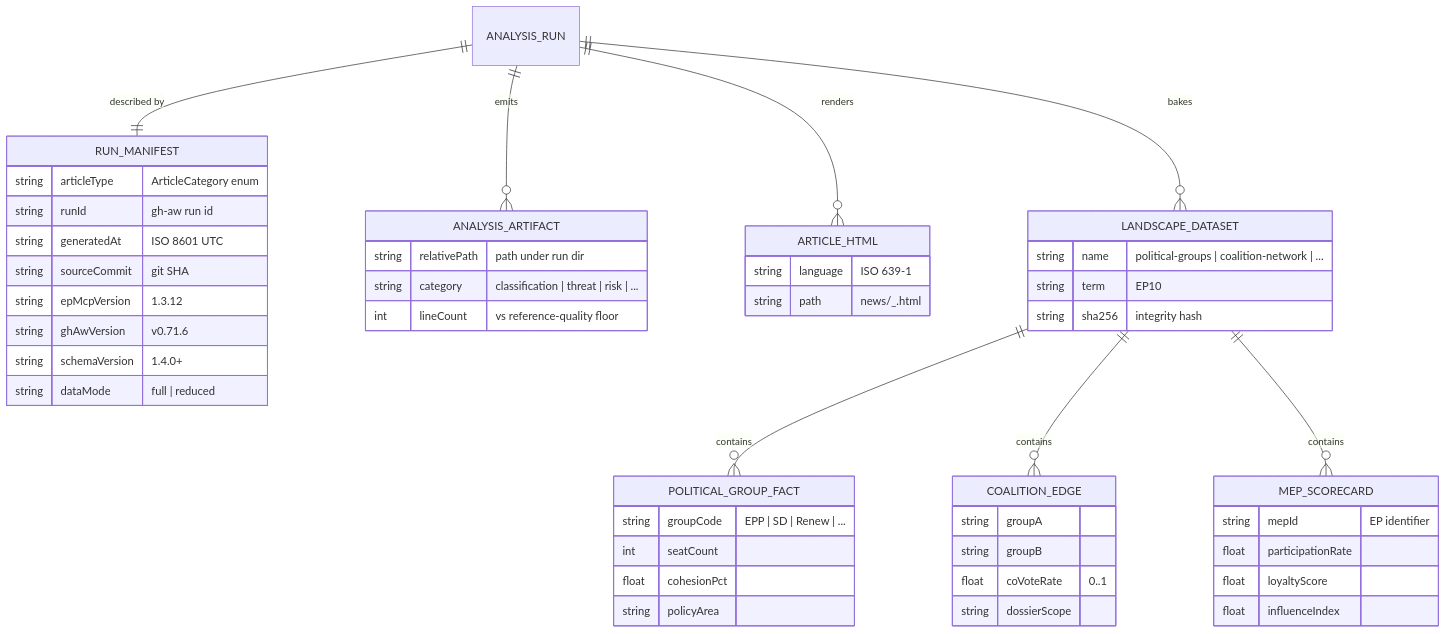
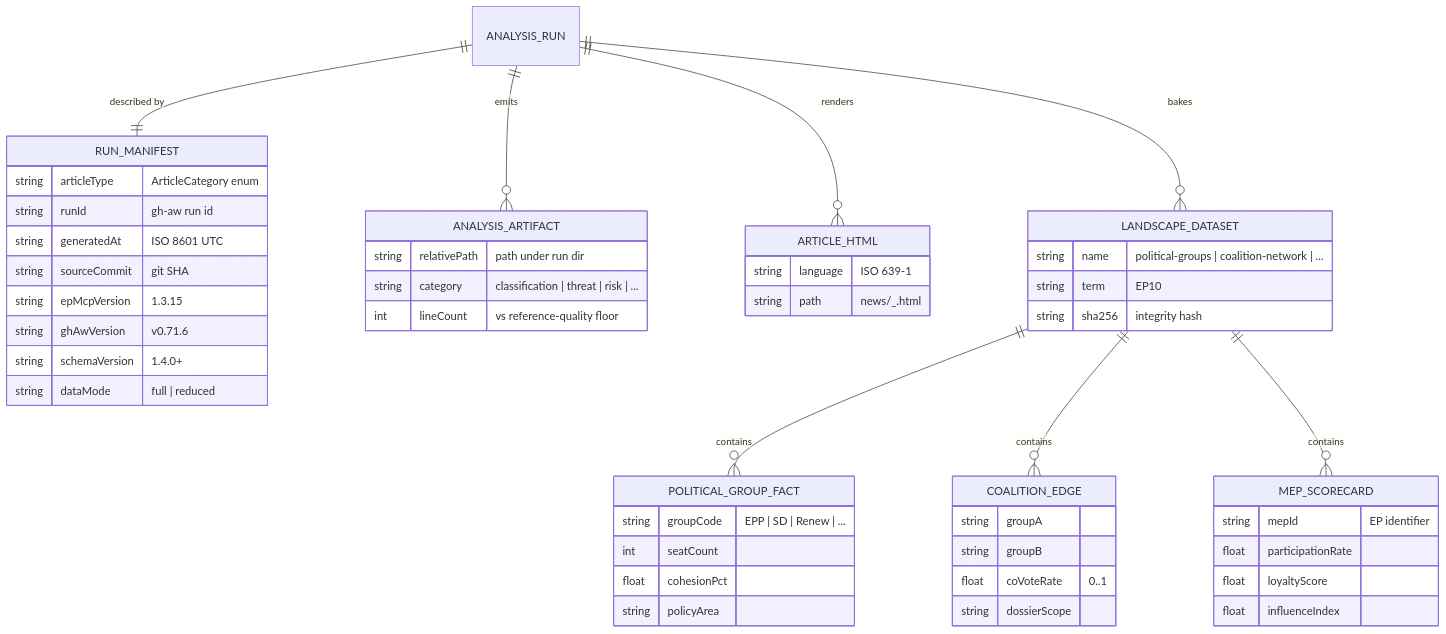
The second of 9 diagrams in FUTURE_DATA_MODEL.md (Hack23/euparliamentmonitor), drawn with Mermaid before and after one commit. The commit also changed other lines of this file and 39 other files, not shown here.

````diff
--- a/FUTURE_DATA_MODEL.md
+++ b/FUTURE_DATA_MODEL.md
@@ -218,53 +218,53 @@
 ```mermaid
 erDiagram
     ANALYSIS_RUN ||--|| RUN_MANIFEST : "described by"
     ANALYSIS_RUN ||--o{ ANALYSIS_ARTIFACT : "emits"
     ANALYSIS_RUN ||--o{ ARTICLE_HTML : "renders"
     ANALYSIS_RUN ||--o{ LANDSCAPE_DATASET : "bakes"
     LANDSCAPE_DATASET ||--o{ POLITICAL_GROUP_FACT : "contains"
     LANDSCAPE_DATASET ||--o{ COALITION_EDGE : "contains"
     LANDSCAPE_DATASET ||--o{ MEP_SCORECARD : "contains"
 
     RUN_MANIFEST {
         string articleType "ArticleCategory enum"
         string runId "gh-aw run id"
         string generatedAt "ISO 8601 UTC"
         string sourceCommit "git SHA"
-        string epMcpVersion "1.3.12"
+        string epMcpVersion "1.3.15"
         string ghAwVersion "v0.71.6"
         string schemaVersion "1.4.0+"
         string dataMode "full | reduced"
     }
     ANALYSIS_ARTIFACT {
         string relativePath "path under run dir"
         string category "classification | threat | risk | ..."
         int lineCount "vs reference-quality floor"
     }
     ARTICLE_HTML {
         string language "ISO 639-1"
         string path "news/<slug>_<lang>.html"
     }
     LANDSCAPE_DATASET {
         string name "political-groups | coalition-network | ..."
         string term "EP10"
         string sha256 "integrity hash"
     }
     POLITICAL_GROUP_FACT {
         string groupCode "EPP | SD | Renew | ..."
         int seatCount
         float cohesionPct
         string policyArea
     }
     COALITION_EDGE {
         string groupA
         string groupB
         float coVoteRate "0..1"
         string dossierScope
     }
     MEP_SCORECARD {
         string mepId "EP identifier"
         float participationRate
         float loyaltyScore
         float influenceIndex
     }
 ```
````
